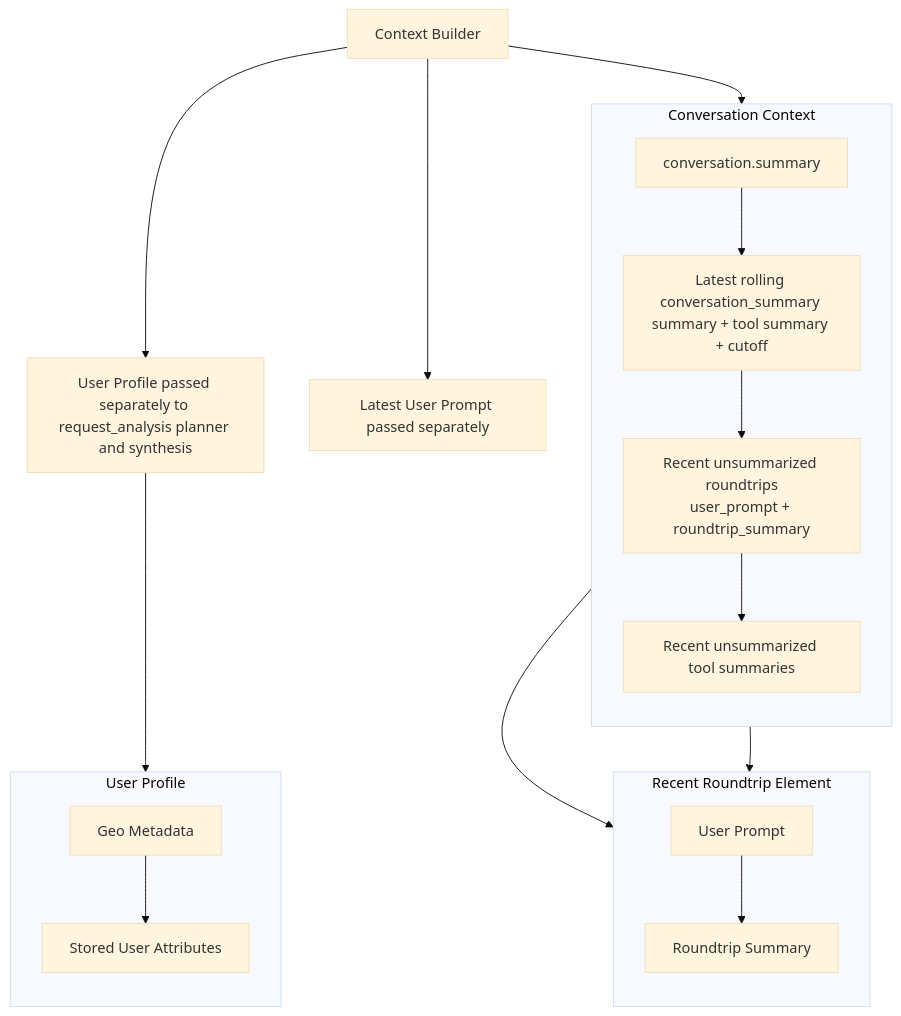
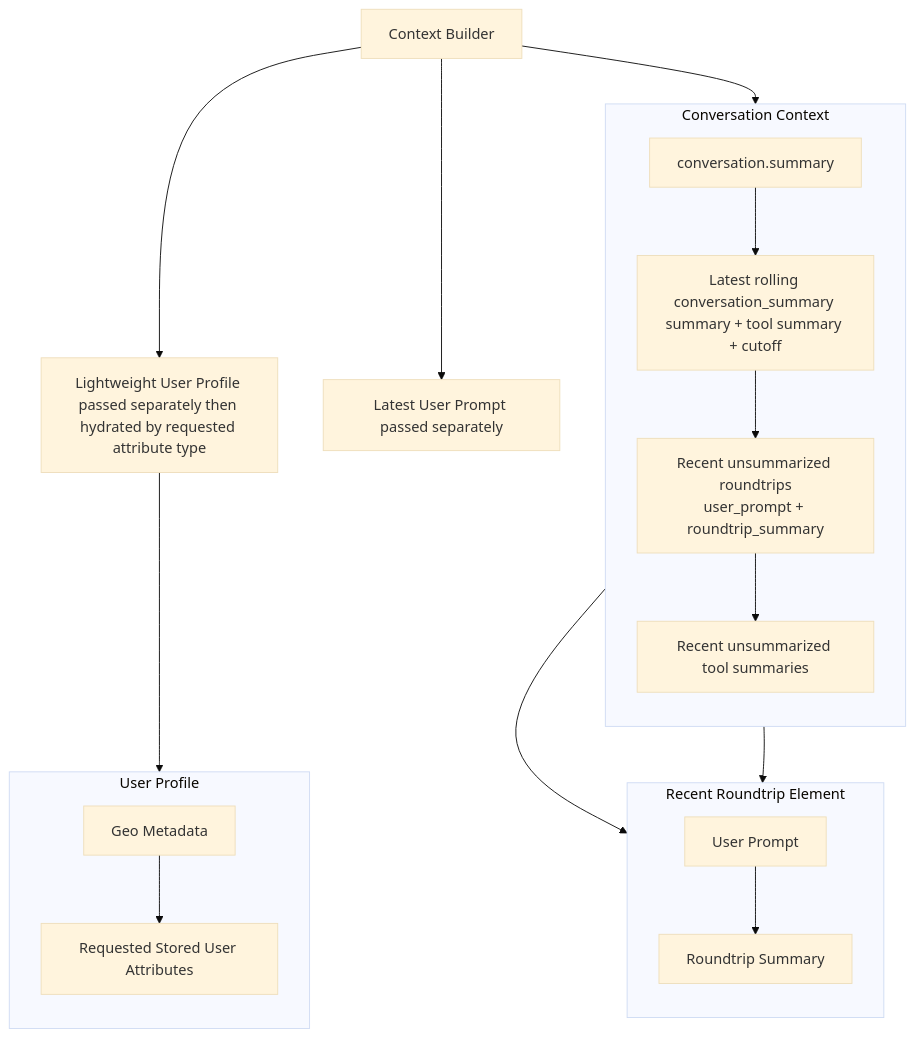
Before and after one commit to mikeshutov/llm_poc: the second of 3 diagrams in README.md, drawn with Mermaid (base theme). The commit also changed other lines of this file and 44 other files, not shown here.

````diff
--- a/README.md
+++ b/README.md
@@ -61,34 +69,34 @@
 ```mermaid
 flowchart TD
     A[Context Builder] --> B
     subgraph B[Conversation Context]
         direction TB
         M1["conversation.summary"]
         M2["Latest rolling conversation_summary summary + tool summary + cutoff"]
         M3["Recent unsummarized roundtrips
 user_prompt + roundtrip_summary"]
         M4["Recent unsummarized tool summaries"]
         M1 --> M2 --> M3 --> M4
     end
 
     A --> D[Latest User Prompt passed separately]
-    A --> E[User Profile passed separately to request_analysis planner and synthesis]
+    A --> E[Lightweight User Profile passed separately then hydrated by requested attribute type]
 
     subgraph C[Recent Roundtrip Element]
         direction TB
         N1["User Prompt"]
         N2["Roundtrip Summary"]
         N1 --> N2
     end
 
     subgraph F[User Profile]
         direction TB
         P1["Geo Metadata"]
-        P2["Stored User Attributes"]
+        P2["Requested Stored User Attributes"]
         P1 --> P2
     end
 
     M3 --> C
     M4 --> C
     E --> F
 ```
````
